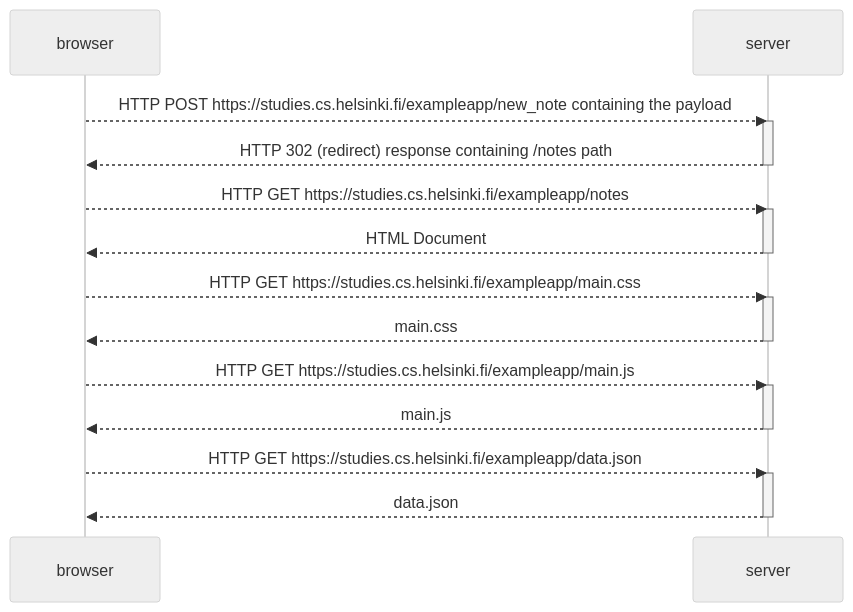
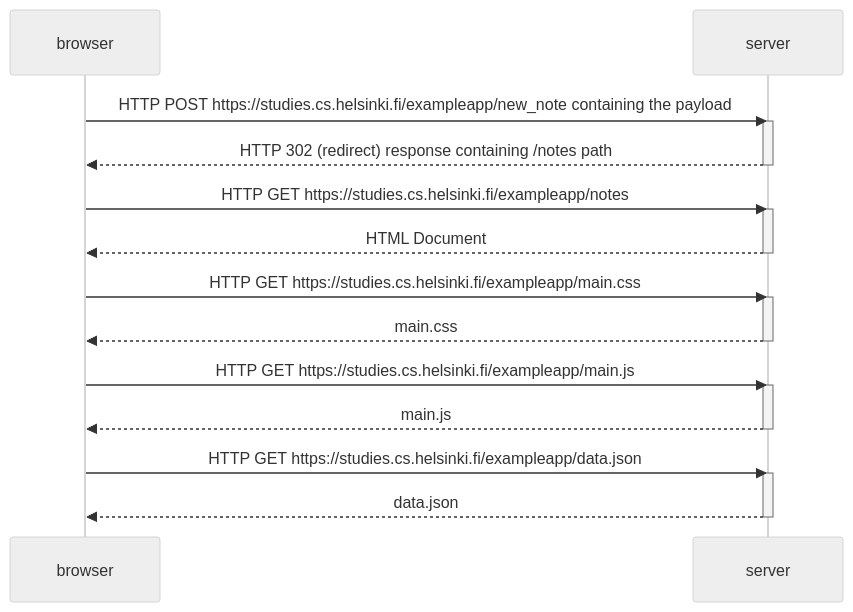
One commit to AxelAxhag/Fullstack--Helsinki-University changed the diagram in part0/0.4.md. Above: the diagram before and after it, drawn with Mermaid (neutral theme). The commit also changed 2 other files, not shown here.

Commit message:
part 0.6

````diff
--- a/part0/0.4.md
+++ b/part0/0.4.md
@@ -1,30 +1,30 @@
 ```mermaid
   sequenceDiagram
     participant browser
     participant server
 
-    browser-->>server: HTTP POST https://studies.cs.helsinki.fi/exampleapp/new_note containing the payload
+    browser->>server: HTTP POST https://studies.cs.helsinki.fi/exampleapp/new_note containing the payload
     activate server
     server-->>browser: HTTP 302 (redirect) response containing /notes path
     deactivate server
 
-    browser-->>server: HTTP GET https://studies.cs.helsinki.fi/exampleapp/notes
+    browser->>server: HTTP GET https://studies.cs.helsinki.fi/exampleapp/notes
     activate server
     server-->>browser: HTML Document
     deactivate server
 
-    browser-->>server: HTTP GET https://studies.cs.helsinki.fi/exampleapp/main.css
+    browser->>server: HTTP GET https://studies.cs.helsinki.fi/exampleapp/main.css
     activate server 
     server-->>browser: main.css
     deactivate server
 
-    browser-->>server: HTTP GET https://studies.cs.helsinki.fi/exampleapp/main.js
+    browser->>server: HTTP GET https://studies.cs.helsinki.fi/exampleapp/main.js
     activate server 
     server-->>browser: main.js
     deactivate server
 
-    browser-->>server: HTTP GET https://studies.cs.helsinki.fi/exampleapp/data.json
+    browser->>server: HTTP GET https://studies.cs.helsinki.fi/exampleapp/data.json
     activate server 
     server-->>browser: data.json
     deactivate server
 ```
````
